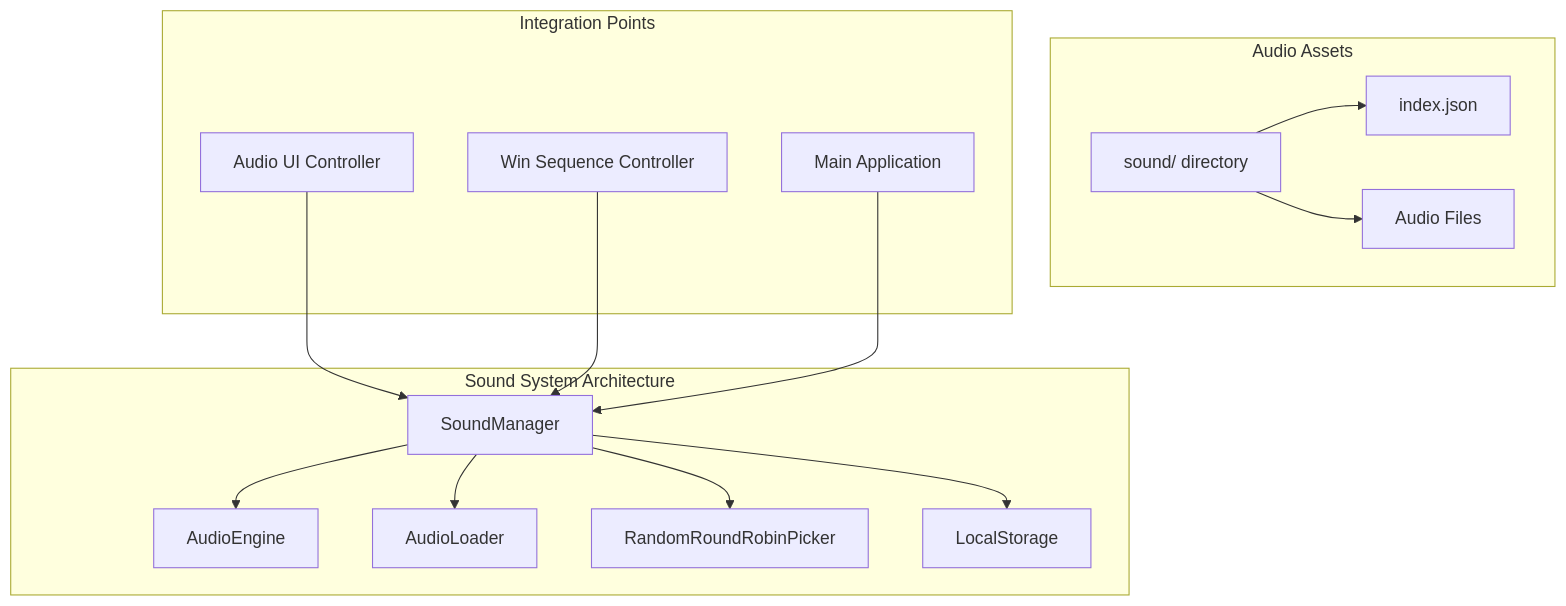
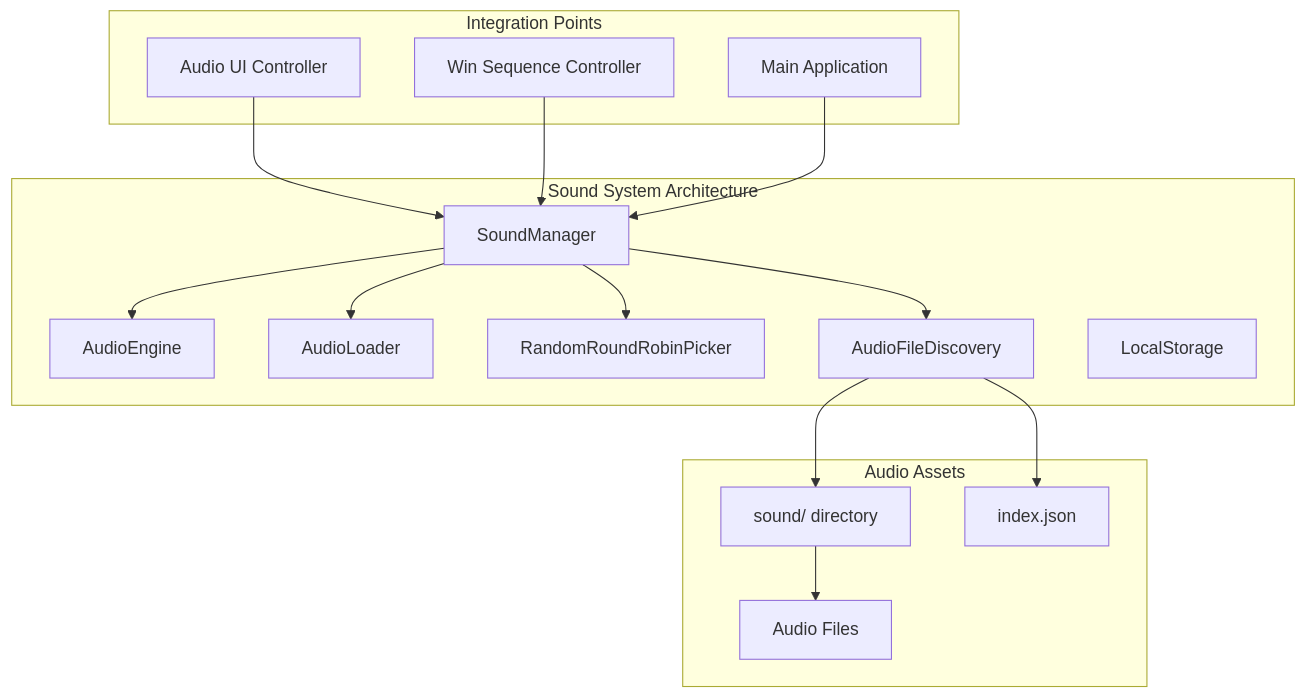
Before and after one commit to satyrlord/mb: the first of 9 diagrams in .qoder/repowiki/en/content/Architecture Overview/Audio System Architecture/Sound Manager Component.md, drawn with Mermaid. The commit also changed other lines of this file and 11 other files, not shown here.

First line of the commit message:
docs(audio-file-discovery): add detailed module documentation

````diff
--- a/.qoder/repowiki/en/content/Architecture Overview/Audio System Architecture/Sound Manager Component.md
+++ b/.qoder/repowiki/en/content/Architecture Overview/Audio System Architecture/Sound Manager Component.md
@@ -34,29 +45,31 @@
 ```mermaid
 graph TB
 subgraph "Sound System Architecture"
 SM[SoundManager]
 AE[AudioEngine]
 AL[AudioLoader]
 RR[RandomRoundRobinPicker]
+AFD[AudioFileDiscovery]
 LC[LocalStorage]
 end
 subgraph "Audio Assets"
 SF[sound/ directory]
 SI[index.json]
 AF[Audio Files]
 end
 subgraph "Integration Points"
 AUI[Audio UI Controller]
 WSC[Win Sequence Controller]
 APP[Main Application]
 end
 SM --> AE
 SM --> AL
 SM --> RR
-SM --> LC
-SF --> SI
+SM --> AFD
+AFD --> SF
+AFD --> SI
 SF --> AF
 AUI --> SM
 WSC --> SM
 APP --> SM
 ```
````
